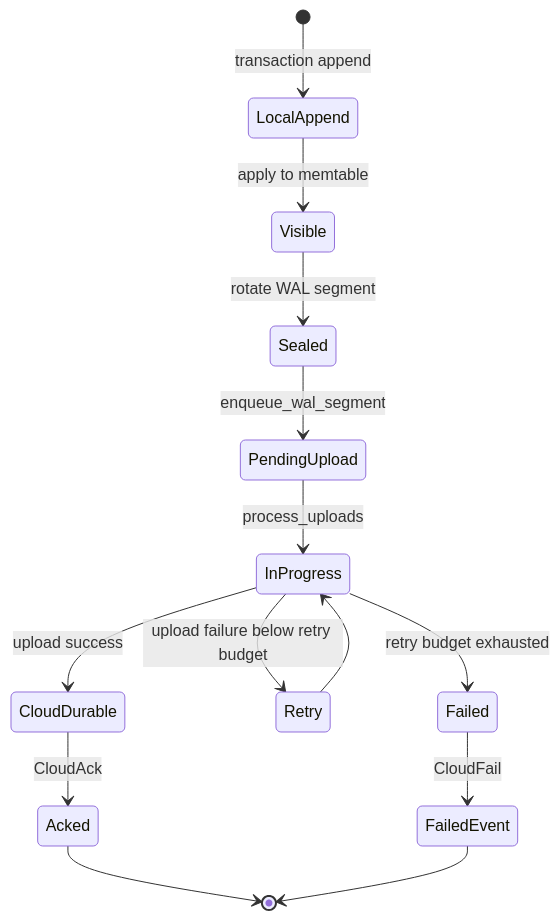
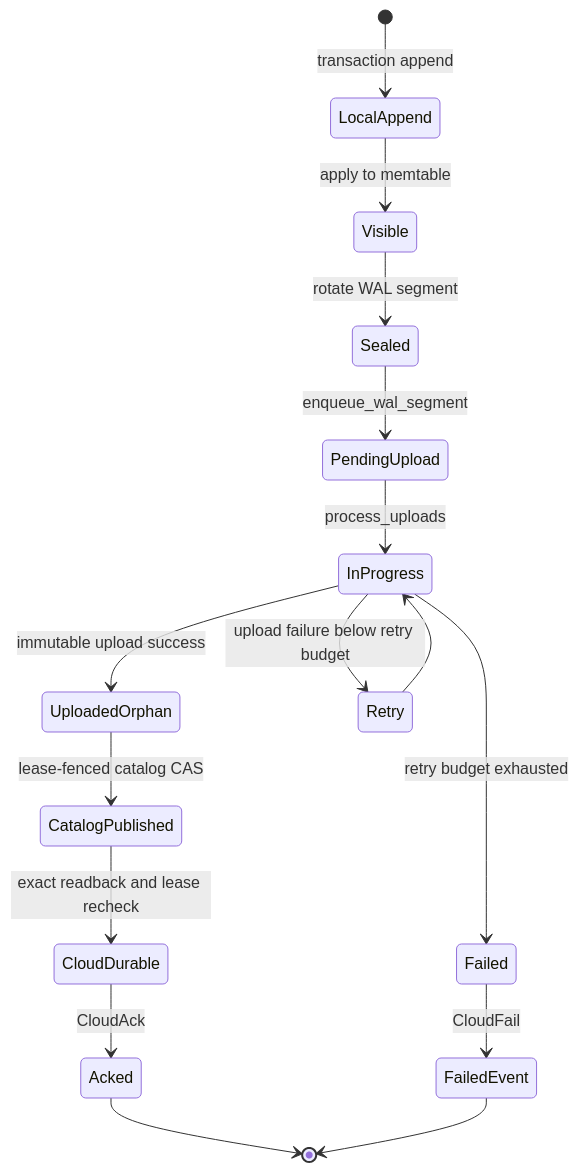
One commit to cntryl/midge changed the ninth of 10 diagrams in docs/development/architecture-diagrams.md. Above: the diagram before and after it, drawn with Mermaid. The commit also changed 52 other files, not shown here.

````diff
--- a/docs/development/architecture-diagrams.md
+++ b/docs/development/architecture-diagrams.md
@@ -277,16 +277,18 @@
 ```mermaid
 stateDiagram-v2
     [*] --> LocalAppend: transaction append
     LocalAppend --> Visible: apply to memtable
     Visible --> Sealed: rotate WAL segment
     Sealed --> PendingUpload: enqueue_wal_segment
     PendingUpload --> InProgress: process_uploads
-    InProgress --> CloudDurable: upload success
+    InProgress --> UploadedOrphan: immutable upload success
+    UploadedOrphan --> CatalogPublished: lease-fenced catalog CAS
+    CatalogPublished --> CloudDurable: exact readback and lease recheck
     InProgress --> Retry: upload failure below retry budget
     Retry --> InProgress
     InProgress --> Failed: retry budget exhausted
     CloudDurable --> Acked: CloudAck
     Failed --> FailedEvent: CloudFail
     Acked --> [*]
     FailedEvent --> [*]
 ```
````
